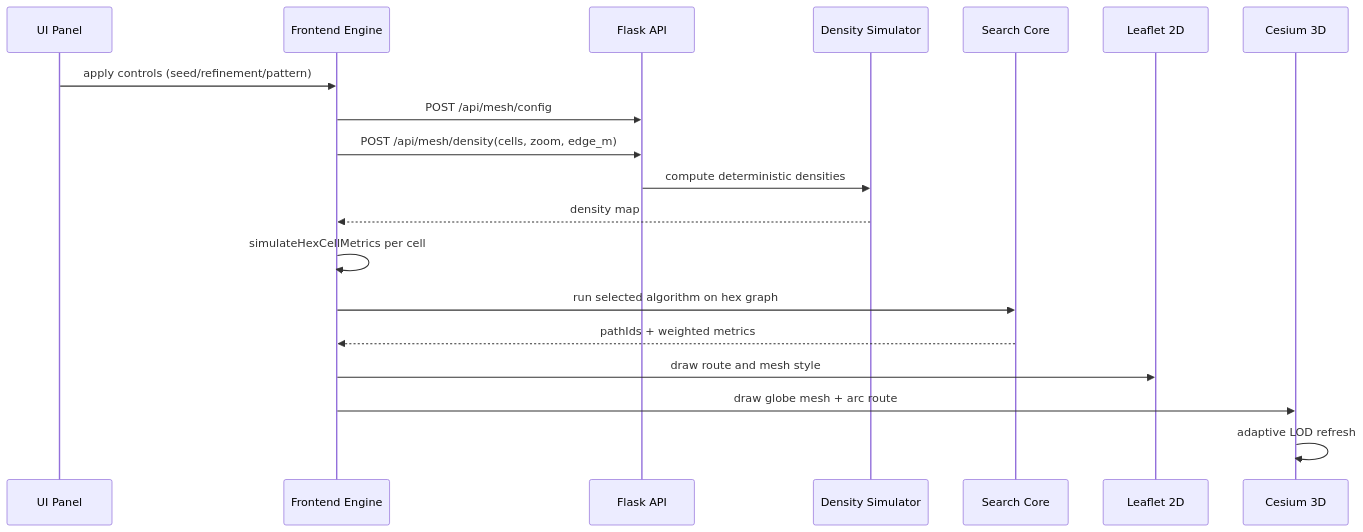
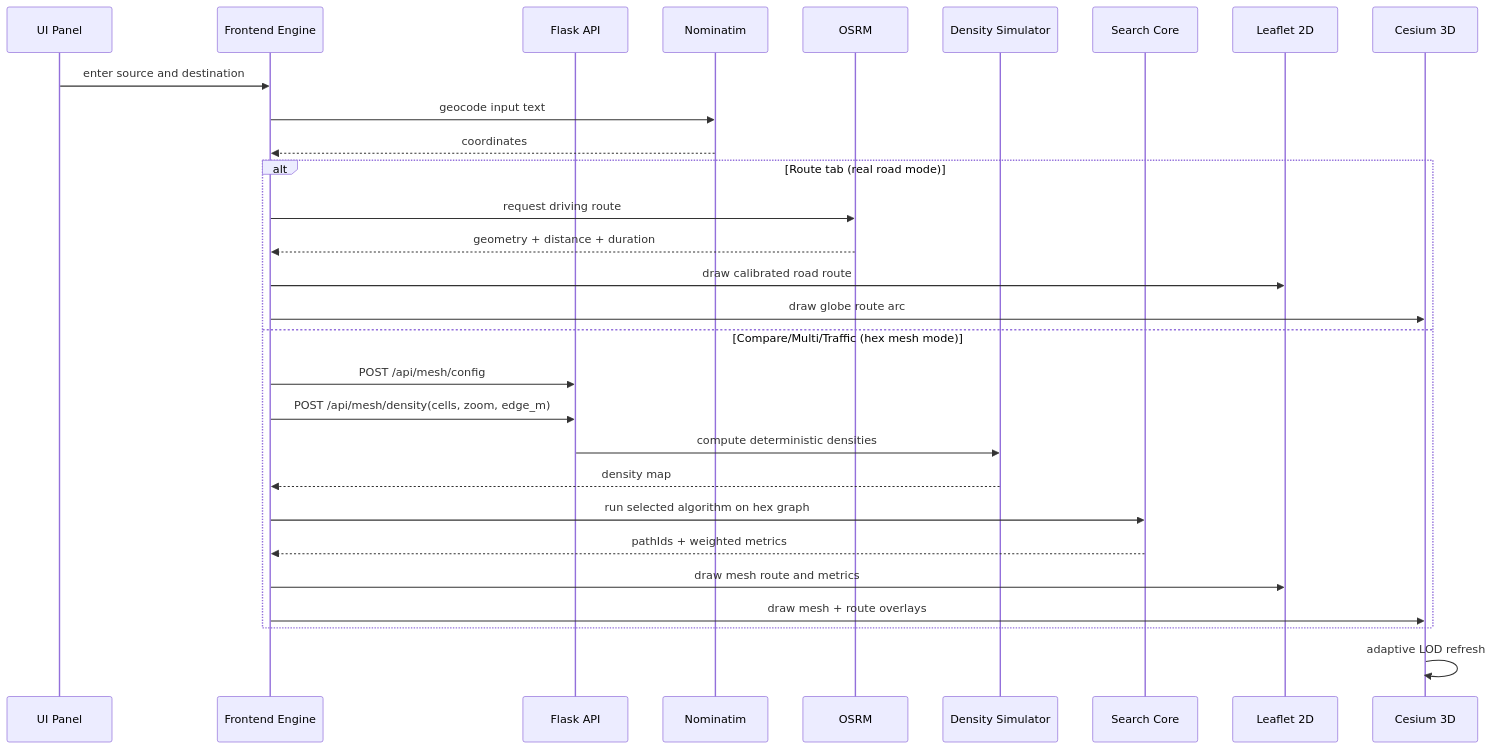
The second of 3 diagrams in README.md (PASUPULASAITEJA/Smart-Route-Finder-), drawn with Mermaid before and after one commit. The commit also changed other lines of this file, not shown here.

````diff
--- a/README.md
+++ b/README.md
@@ -184,22 +202,34 @@
 ```mermaid
 sequenceDiagram
     participant UI as UI Panel
     participant FE as Frontend Engine
     participant API as Flask API
+    participant NOM as Nominatim
+    participant OSRM as OSRM
     participant SIM as Density Simulator
     participant ALG as Search Core
     participant V2D as Leaflet 2D
     participant V3D as Cesium 3D
 
-    UI->>FE: apply controls (seed/refinement/pattern)
-    FE->>API: POST /api/mesh/config
-    FE->>API: POST /api/mesh/density(cells, zoom, edge_m)
-    API->>SIM: compute deterministic densities
-    SIM-->>FE: density map
-    FE->>FE: simulateHexCellMetrics per cell
-    FE->>ALG: run selected algorithm on hex graph
-    ALG-->>FE: pathIds + weighted metrics
-    FE->>V2D: draw route and mesh style
-    FE->>V3D: draw globe mesh + arc route
+    UI->>FE: enter source and destination
+    FE->>NOM: geocode input text
+    NOM-->>FE: coordinates
+
+    alt Route tab (real road mode)
+        FE->>OSRM: request driving route
+        OSRM-->>FE: geometry + distance + duration
+        FE->>V2D: draw calibrated road route
+        FE->>V3D: draw globe route arc
+    else Compare/Multi/Traffic (hex mesh mode)
+        FE->>API: POST /api/mesh/config
+        FE->>API: POST /api/mesh/density(cells, zoom, edge_m)
+        API->>SIM: compute deterministic densities
+        SIM-->>FE: density map
+        FE->>ALG: run selected algorithm on hex graph
+        ALG-->>FE: pathIds + weighted metrics
+        FE->>V2D: draw mesh route and metrics
+        FE->>V3D: draw mesh + route overlays
+    end
+
     V3D->>V3D: adaptive LOD refresh
 ```
````
